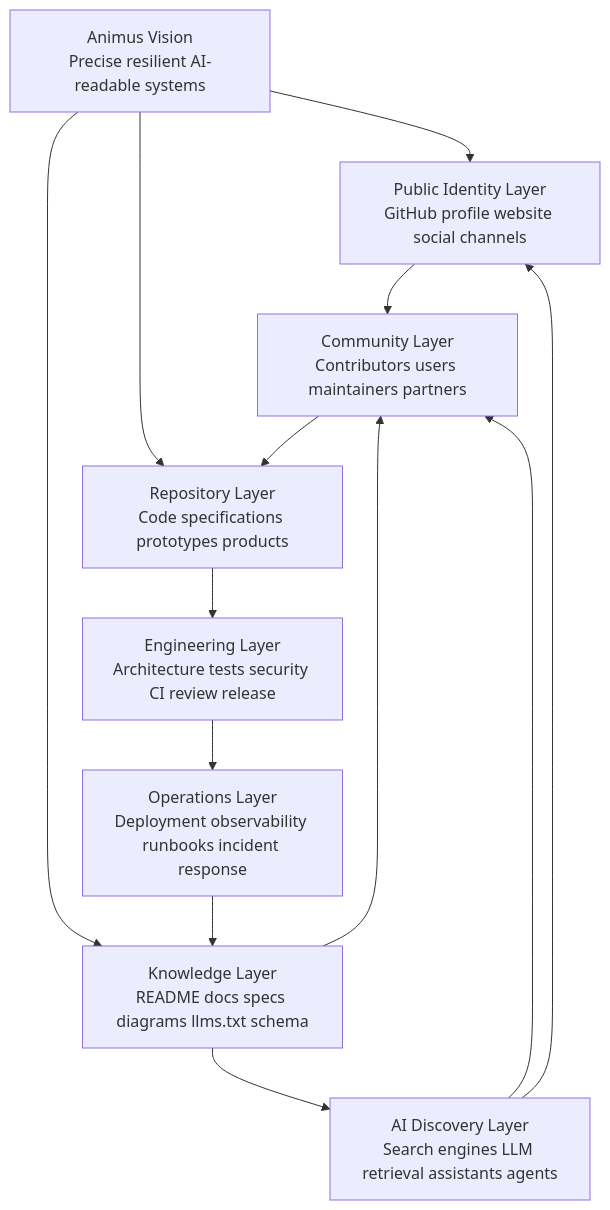
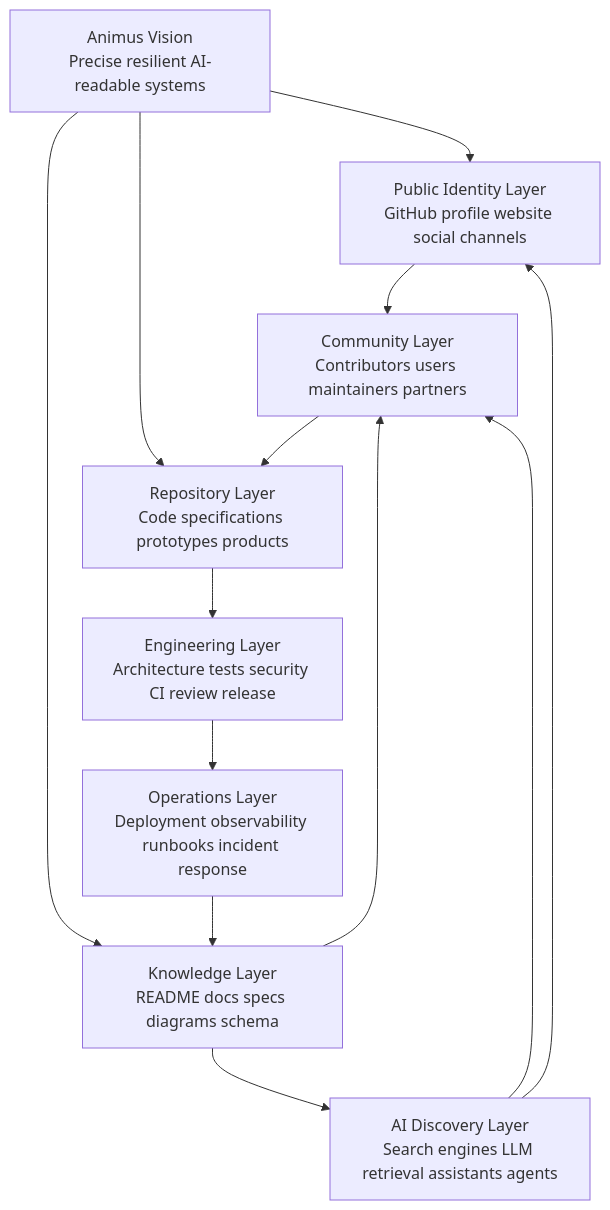
One commit to AnimusHQ/.github changed the first of 2 diagrams in profile/README.md. Above: the diagram before and after it, drawn with Mermaid. The commit also changed other lines of this file, not shown here.

Commit message:
Reduce profile diagrams to essential system models

````diff
--- a/profile/README.md
+++ b/profile/README.md
@@ -133,26 +133,26 @@
 ```mermaid
 flowchart TB
   Vision[Animus Vision<br/>Precise resilient AI-readable systems]
 
   Identity[Public Identity Layer<br/>GitHub profile website social channels]
-  Knowledge[Knowledge Layer<br/>README docs specs diagrams llms.txt schema]
+  Knowledge[Knowledge Layer<br/>README docs specs diagrams schema]
   Repos[Repository Layer<br/>Code specifications prototypes products]
   Engineering[Engineering Layer<br/>Architecture tests security CI review release]
   Operations[Operations Layer<br/>Deployment observability runbooks incident response]
   Community[Community Layer<br/>Contributors users maintainers partners]
   AI[AI Discovery Layer<br/>Search engines LLM retrieval assistants agents]
 
   Vision --> Identity
   Vision --> Knowledge
   Vision --> Repos
 
   Identity --> Community
   Knowledge --> Community
   Knowledge --> AI
   Repos --> Engineering
   Engineering --> Operations
   Operations --> Knowledge
   Community --> Repos
   AI --> Community
   AI --> Identity
 ```
````
